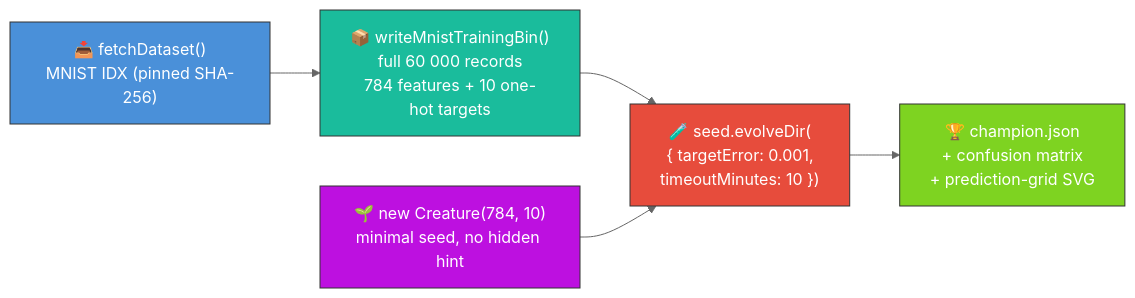
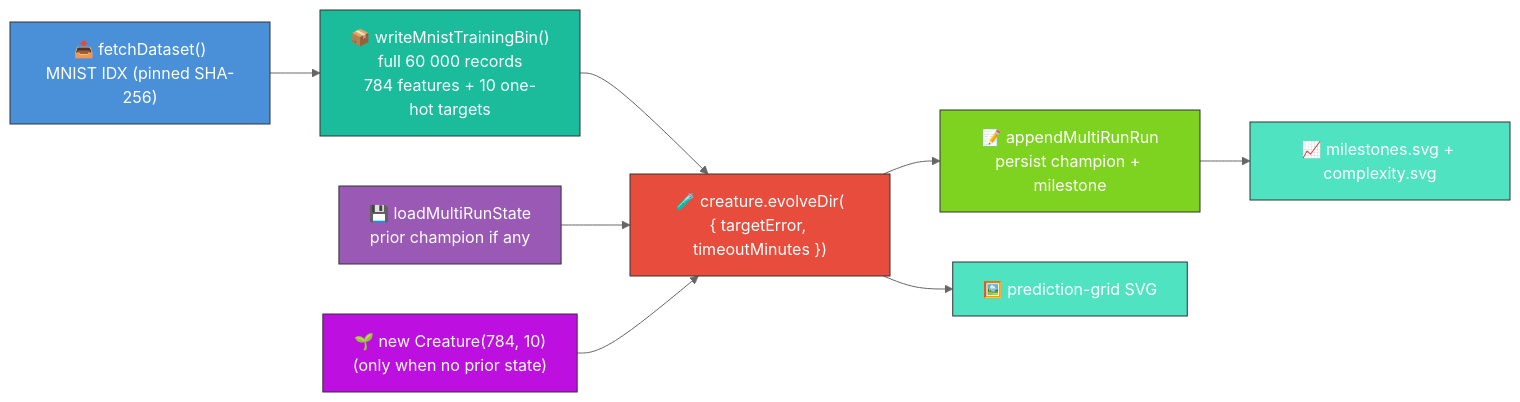
Before and after one commit to stSoftwareAU/NEAT-AI-Examples: the first of 2 diagrams in mnist_classification/README.md, drawn with Mermaid (neutral theme). The commit also changed other lines of this file and 12 other files, not shown here.

First line of the commit message:
mnist_classification: wire multi-run persistence and aggregate charts (#327)

````diff
--- a/mnist_classification/README.md
+++ b/mnist_classification/README.md
@@ -15,16 +21,26 @@
 ```mermaid
 flowchart LR
     DL["📥 fetchDataset()<br/>MNIST IDX (pinned SHA-256)"]
     BIN["📦 writeMnistTrainingBin()<br/>full 60 000 records<br/>784 features + 10 one-hot targets"]
-    SEED["🌱 new Creature(784, 10)<br/>minimal seed, no hidden hint"]
-    EVOLVE["🧪 seed.evolveDir(<br/>{ targetError: 0.001,<br/>  timeoutMinutes: 10 })"]
-    OUT["🏆 champion.json<br/>+ confusion matrix<br/>+ prediction-grid SVG"]
+    LOAD["💾 loadMultiRunState<br/>prior champion if any"]
+    SEED["🌱 new Creature(784, 10)<br/>(only when no prior state)"]
+    EVOLVE["🧪 creature.evolveDir(<br/>{ targetError, timeoutMinutes })"]
+    APPEND["📝 appendMultiRunRun<br/>persist champion + milestone"]
+    CHARTS["📈 milestones.svg + complexity.svg"]
+    GRID["🖼️ prediction-grid SVG"]
     DL --> BIN --> EVOLVE
-    SEED --> EVOLVE --> OUT
+    LOAD --> EVOLVE
+    SEED --> EVOLVE
+    EVOLVE --> APPEND
+    APPEND --> CHARTS
+    EVOLVE --> GRID
 
     style DL fill:#4a90d9,stroke:#333,color:#fff
     style BIN fill:#1abc9c,stroke:#333,color:#fff
+    style LOAD fill:#9b59b6,stroke:#333,color:#fff
     style SEED fill:#bd10e0,stroke:#333,color:#fff
     style EVOLVE fill:#e74c3c,stroke:#333,color:#fff
-    style OUT fill:#7ed321,stroke:#333,color:#fff
+    style APPEND fill:#7ed321,stroke:#333,color:#fff
+    style CHARTS fill:#50e3c2,stroke:#333,color:#fff
+    style GRID fill:#50e3c2,stroke:#333,color:#fff
 ```
````
